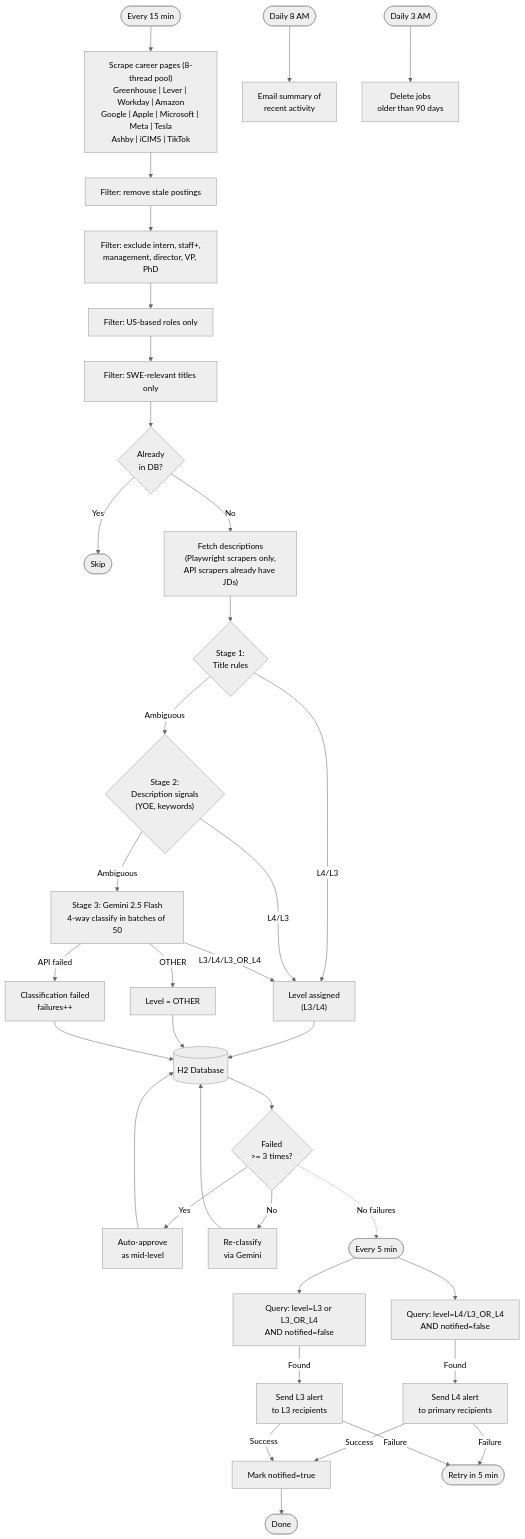
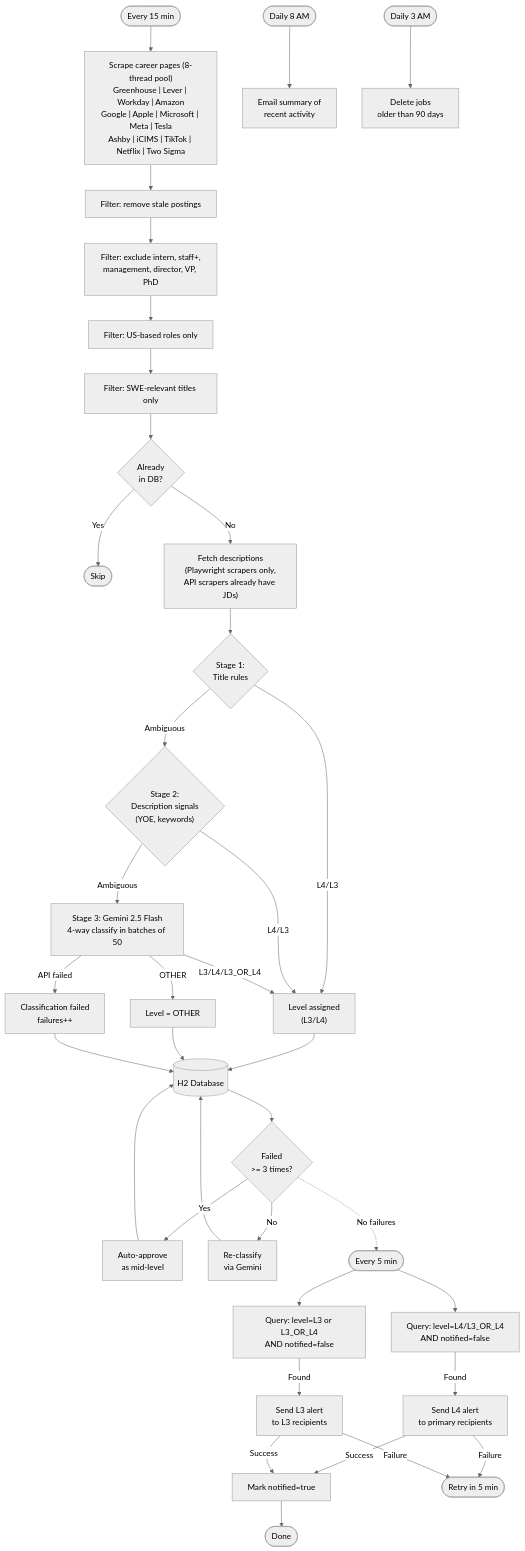
Before and after one commit to jy732/swe-job-notifier: the diagram in README.md, drawn with Mermaid (neutral theme). The commit also changed other lines of this file and 3 other files, not shown here.

First line of the commit message:
Add Netflix (Eightfold), Two Sigma (Avature), HRT (Greenhouse) scrapers

````diff
--- a/README.md
+++ b/README.md
@@ -22,38 +22,38 @@
 ```mermaid
 flowchart TD
-    START(["Every 15 min"]) --> SCRAPE["Scrape career pages (8-thread pool)\nGreenhouse | Lever | Workday | Amazon\nGoogle | Apple | Microsoft | Meta | Tesla\nAshby | iCIMS | TikTok"]
+    START(["Every 15 min"]) --> SCRAPE["Scrape career pages (8-thread pool)\nGreenhouse | Lever | Workday | Amazon\nGoogle | Apple | Microsoft | Meta | Tesla\nAshby | iCIMS | TikTok | Netflix | Two Sigma"]
     SCRAPE --> FRESH["Filter: remove stale postings"]
     FRESH --> EXCLUDE["Filter: exclude intern, staff+,\nmanagement, director, VP, PhD"]
     EXCLUDE --> LOCATION["Filter: US-based roles only"]
     LOCATION --> SWE["Filter: SWE-relevant titles only"]
     SWE --> DEDUP{"Already\nin DB?"}
     DEDUP -- Yes --> SKIP([Skip])
     DEDUP -- No --> FETCHJD["Fetch descriptions\n(Playwright scrapers only,\nAPI scrapers already have JDs)"]
     FETCHJD --> STAGE1{"Stage 1:\nTitle rules"}
     STAGE1 -- "L4/L3" --> LEVEL["Level assigned\n(L3/L4)"]
     STAGE1 -- Ambiguous --> STAGE2{"Stage 2:\nDescription signals\n(YOE, keywords)"}
     STAGE2 -- "L4/L3" --> LEVEL
     STAGE2 -- Ambiguous --> GEMINI["Stage 3: Gemini 2.5 Flash\n4-way classify in batches of 50"]
     GEMINI -- "L3/L4/L3_OR_L4" --> LEVEL
     GEMINI -- OTHER --> OTHER["Level = OTHER"]
     GEMINI -- API failed --> FAILED["Classification failed\nfailures++"]
     LEVEL --> DB[("H2 Database")]
     OTHER --> DB
     FAILED --> DB
     DB --> RETRYCHECK{"Failed\n>= 3 times?"}
     RETRYCHECK -- Yes --> FALLBACK["Auto-approve\nas mid-level"] --> DB
     RETRYCHECK -- No --> REGEMINI["Re-classify\nvia Gemini"] --> DB
     RETRYCHECK -. No failures .-> SCANSTART
 
     SCANSTART(["Every 5 min"]) --> QUERYL4["Query: level=L4/L3_OR_L4\nAND notified=false"]
     QUERYL4 -- Found --> EMAILL4["Send L4 alert\nto primary recipients"]
     SCANSTART --> QUERYL3["Query: level=L3 or L3_OR_L4\nAND notified=false"]
     QUERYL3 -- Found --> EMAILL3["Send L3 alert\nto L3 recipients"]
     EMAILL4 -- Success --> MARK["Mark notified=true"] --> DONE([Done])
     EMAILL3 -- Success --> MARK
     EMAILL4 -- Failure --> RETRY_EMAIL(["Retry in 5 min"])
     EMAILL3 -- Failure --> RETRY_EMAIL
 
     DAILY1(["Daily 8 AM"]) --> SUMMARY["Email summary of\nrecent activity"]
     DAILY2(["Daily 3 AM"]) --> CLEANUP["Delete jobs\nolder than 90 days"]
 ```
````
